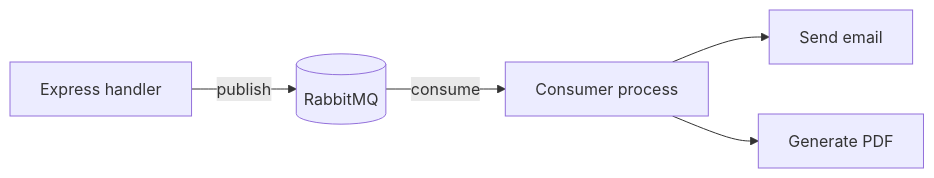
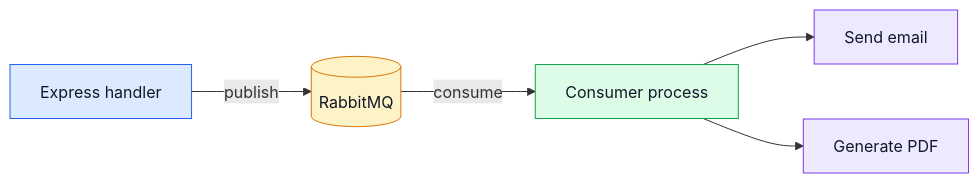
Before and after one commit to Guebbit/boilerplate-node-backend: the first of 2 diagrams in docs/tools/rabbitmq.md, drawn with Mermaid. The commit also changed other lines of this file and 16 other files, not shown here.

````diff
--- a/docs/tools/rabbitmq.md
+++ b/docs/tools/rabbitmq.md
@@ -27,7 +27,17 @@
 ```mermaid
+%%{init: {'flowchart': {'nodeSpacing': 55, 'rankSpacing': 65}}}%%
 flowchart LR
     API[Express handler] -->|publish| RMQ[(RabbitMQ)]
     RMQ -->|consume| Worker[Consumer process]
     Worker --> SMTP[Send email]
     Worker --> PDF[Generate PDF]
+
+    classDef app fill:#dbeafe,stroke:#2563eb,color:#111827;
+    classDef queue fill:#fef3c7,stroke:#d97706,color:#111827;
+    classDef worker fill:#dcfce7,stroke:#16a34a,color:#111827;
+    classDef outbound fill:#ede9fe,stroke:#7c3aed,color:#111827;
+    class API app;
+    class RMQ queue;
+    class Worker worker;
+    class SMTP,PDF outbound;
 ```
````
